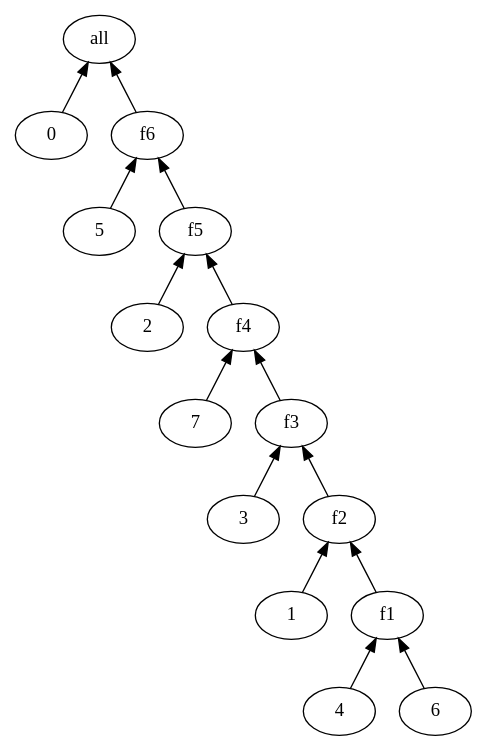
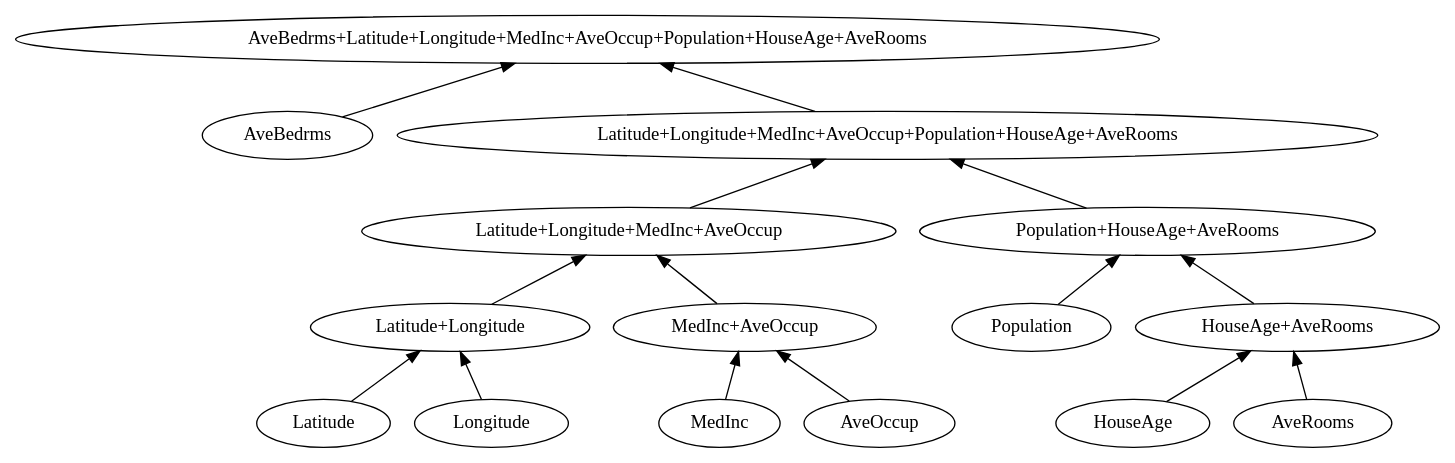
Before and after one commit to simonjisu/FeatureInteractionTree: the diagram in notebooks/cache/tree.dot, drawn with Graphviz. The commit also changed 7 other files, not shown here.

```diff
--- a/notebooks/cache/tree.dot
+++ b/notebooks/cache/tree.dot
@@ -1,31 +1,31 @@
 digraph tree {
-    "all";
-    "0";
-    "f6";
-    "5";
-    "f5";
-    "2";
-    "f4";
-    "7";
-    "f3";
-    "3";
-    "f2";
-    "1";
-    "f1";
-    "4";
-    "6";
-    "all" -> "0" [dir=back];
-    "all" -> "f6" [dir=back];
-    "f6" -> "5" [dir=back];
-    "f6" -> "f5" [dir=back];
-    "f5" -> "2" [dir=back];
-    "f5" -> "f4" [dir=back];
-    "f4" -> "7" [dir=back];
-    "f4" -> "f3" [dir=back];
-    "f3" -> "3" [dir=back];
-    "f3" -> "f2" [dir=back];
-    "f2" -> "1" [dir=back];
-    "f2" -> "f1" [dir=back];
-    "f1" -> "4" [dir=back];
-    "f1" -> "6" [dir=back];
+    "AveBedrms+Latitude+Longitude+MedInc+AveOccup+Population+HouseAge+AveRooms";
+    "AveBedrms";
+    "Latitude+Longitude+MedInc+AveOccup+Population+HouseAge+AveRooms";
+    "Latitude+Longitude+MedInc+AveOccup";
+    "Latitude+Longitude";
+    "Latitude";
+    "Longitude";
+    "MedInc+AveOccup";
+    "MedInc";
+    "AveOccup";
+    "Population+HouseAge+AveRooms";
+    "Population";
+    "HouseAge+AveRooms";
+    "HouseAge";
+    "AveRooms";
+    "AveBedrms+Latitude+Longitude+MedInc+AveOccup+Population+HouseAge+AveRooms" -> "AveBedrms" [dir=back];
+    "AveBedrms+Latitude+Longitude+MedInc+AveOccup+Population+HouseAge+AveRooms" -> "Latitude+Longitude+MedInc+AveOccup+Population+HouseAge+AveRooms" [dir=back];
+    "Latitude+Longitude+MedInc+AveOccup+Population+HouseAge+AveRooms" -> "Latitude+Longitude+MedInc+AveOccup" [dir=back];
+    "Latitude+Longitude+MedInc+AveOccup+Population+HouseAge+AveRooms" -> "Population+HouseAge+AveRooms" [dir=back];
+    "Latitude+Longitude+MedInc+AveOccup" -> "Latitude+Longitude" [dir=back];
+    "Latitude+Longitude+MedInc+AveOccup" -> "MedInc+AveOccup" [dir=back];
+    "Latitude+Longitude" -> "Latitude" [dir=back];
+    "Latitude+Longitude" -> "Longitude" [dir=back];
+    "MedInc+AveOccup" -> "MedInc" [dir=back];
+    "MedInc+AveOccup" -> "AveOccup" [dir=back];
+    "Population+HouseAge+AveRooms" -> "Population" [dir=back];
+    "Population+HouseAge+AveRooms" -> "HouseAge+AveRooms" [dir=back];
+    "HouseAge+AveRooms" -> "HouseAge" [dir=back];
+    "HouseAge+AveRooms" -> "AveRooms" [dir=back];
 }
```
